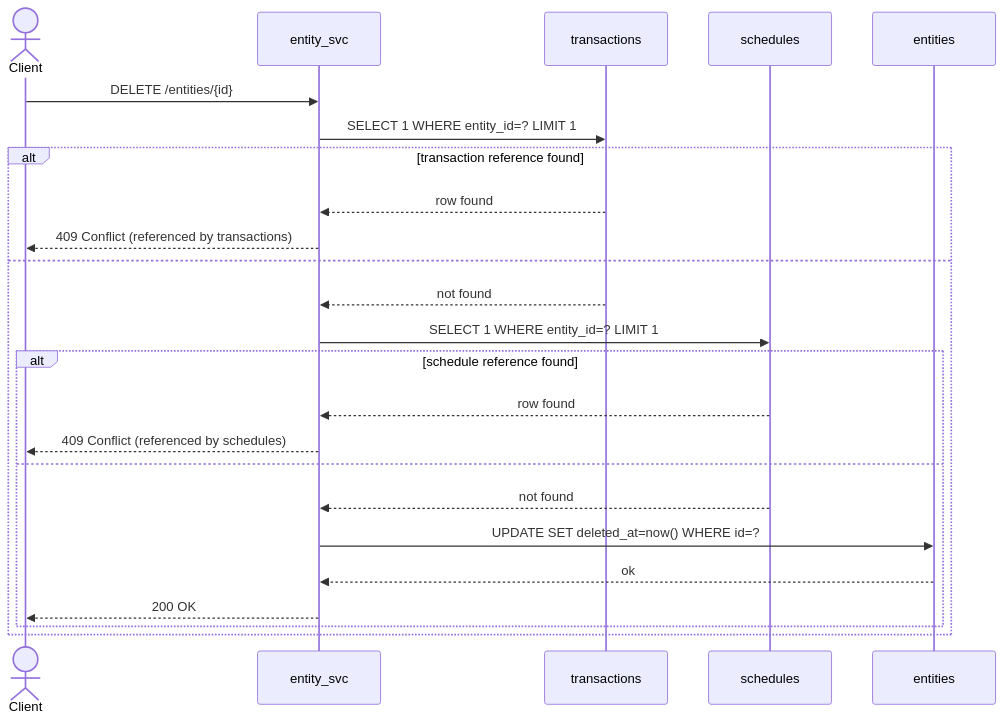
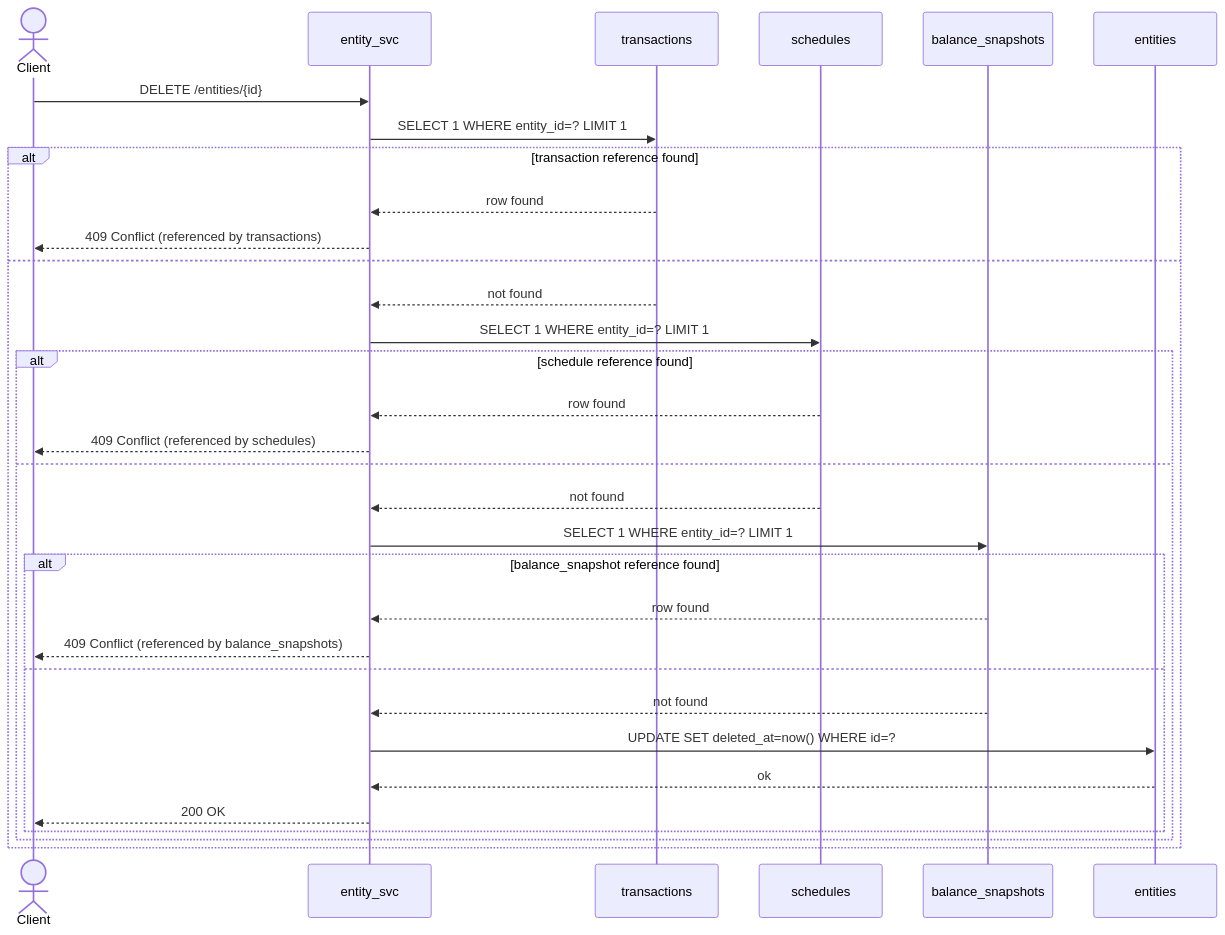
Before and after one commit to alvmarrod/personal-fin-hub: the second of 14 diagrams in doc/workflow.md, drawn with Mermaid. The commit also changed other lines of this file and 11 other files, not shown here.

````diff
--- a/doc/workflow.md
+++ b/doc/workflow.md
@@ -280,27 +280,35 @@
 ```mermaid
 sequenceDiagram
     actor Client
     participant Svc as entity_svc
     participant DB_tx as transactions
     participant DB_sc as schedules
+    participant DB_bs as balance_snapshots
     participant DB_en as entities
 
     Client->>Svc: DELETE /entities/{id}
     Svc->>DB_tx: SELECT 1 WHERE entity_id=? LIMIT 1
     alt transaction reference found
         DB_tx-->>Svc: row found
         Svc-->>Client: 409 Conflict (referenced by transactions)
     else
         DB_tx-->>Svc: not found
         Svc->>DB_sc: SELECT 1 WHERE entity_id=? LIMIT 1
         alt schedule reference found
             DB_sc-->>Svc: row found
             Svc-->>Client: 409 Conflict (referenced by schedules)
         else
             DB_sc-->>Svc: not found
-            Svc->>DB_en: UPDATE SET deleted_at=now() WHERE id=?
-            DB_en-->>Svc: ok
-            Svc-->>Client: 200 OK
+            Svc->>DB_bs: SELECT 1 WHERE entity_id=? LIMIT 1
+            alt balance_snapshot reference found
+                DB_bs-->>Svc: row found
+                Svc-->>Client: 409 Conflict (referenced by balance_snapshots)
+            else
+                DB_bs-->>Svc: not found
+                Svc->>DB_en: UPDATE SET deleted_at=now() WHERE id=?
+                DB_en-->>Svc: ok
+                Svc-->>Client: 200 OK
+            end
         end
     end
 ```
````
